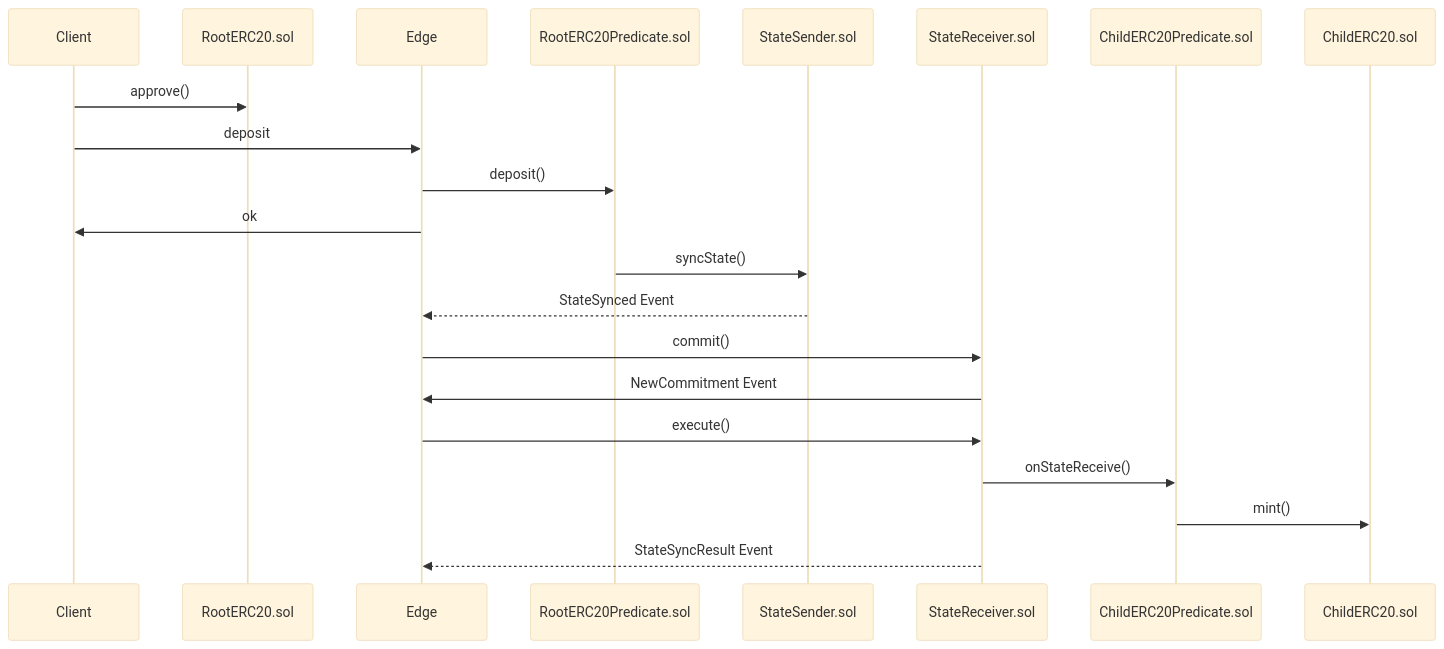
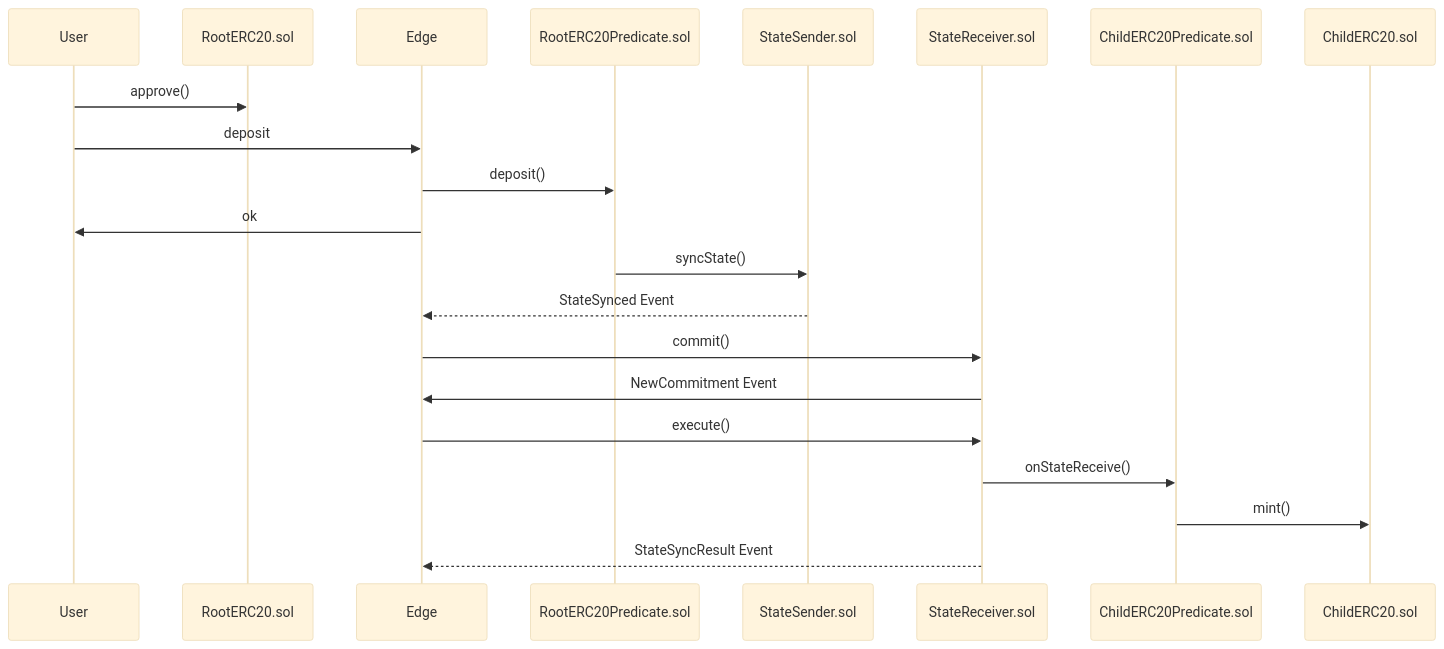
One commit to 0xPolygon/polygon-edge changed the first of 3 diagrams in docs/bridge/sequences.md. Above: the diagram before and after it, drawn with Mermaid (base theme). The commit also changed other lines of this file, not shown here.

Commit message:
Rename Client to User

````diff
--- a/docs/bridge/sequences.md
+++ b/docs/bridge/sequences.md
@@ -5,15 +5,15 @@
 ```mermaid
 sequenceDiagram
-	Client->>RootERC20.sol: approve()
-	Client->>Edge: deposit
+	User->>RootERC20.sol: approve()
+	User->>Edge: deposit
 	Edge->>RootERC20Predicate.sol: deposit()
-	Edge->>Client: ok
+	Edge->>User: ok
 	RootERC20Predicate.sol->>StateSender.sol:syncState()
 	StateSender.sol-->>Edge: StateSynced Event
 	Edge->>StateReceiver.sol:commit()
 	StateReceiver.sol->>Edge: NewCommitment Event
 	Edge->>StateReceiver.sol:execute()
 	StateReceiver.sol->>ChildERC20Predicate.sol:onStateReceive()
 	ChildERC20Predicate.sol->>ChildERC20.sol: mint()
 	StateReceiver.sol-->>Edge:StateSyncResult Event
 ```
````
